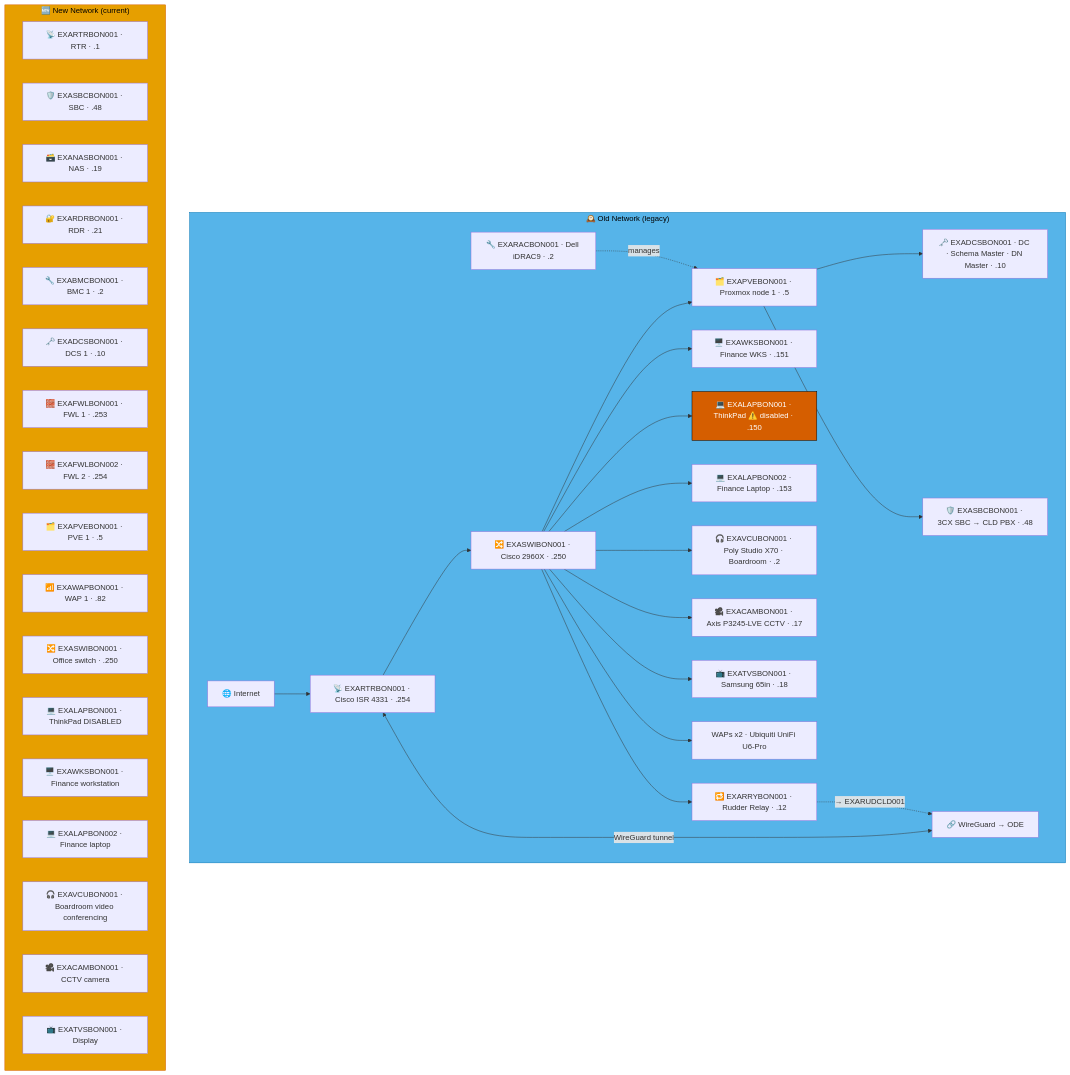
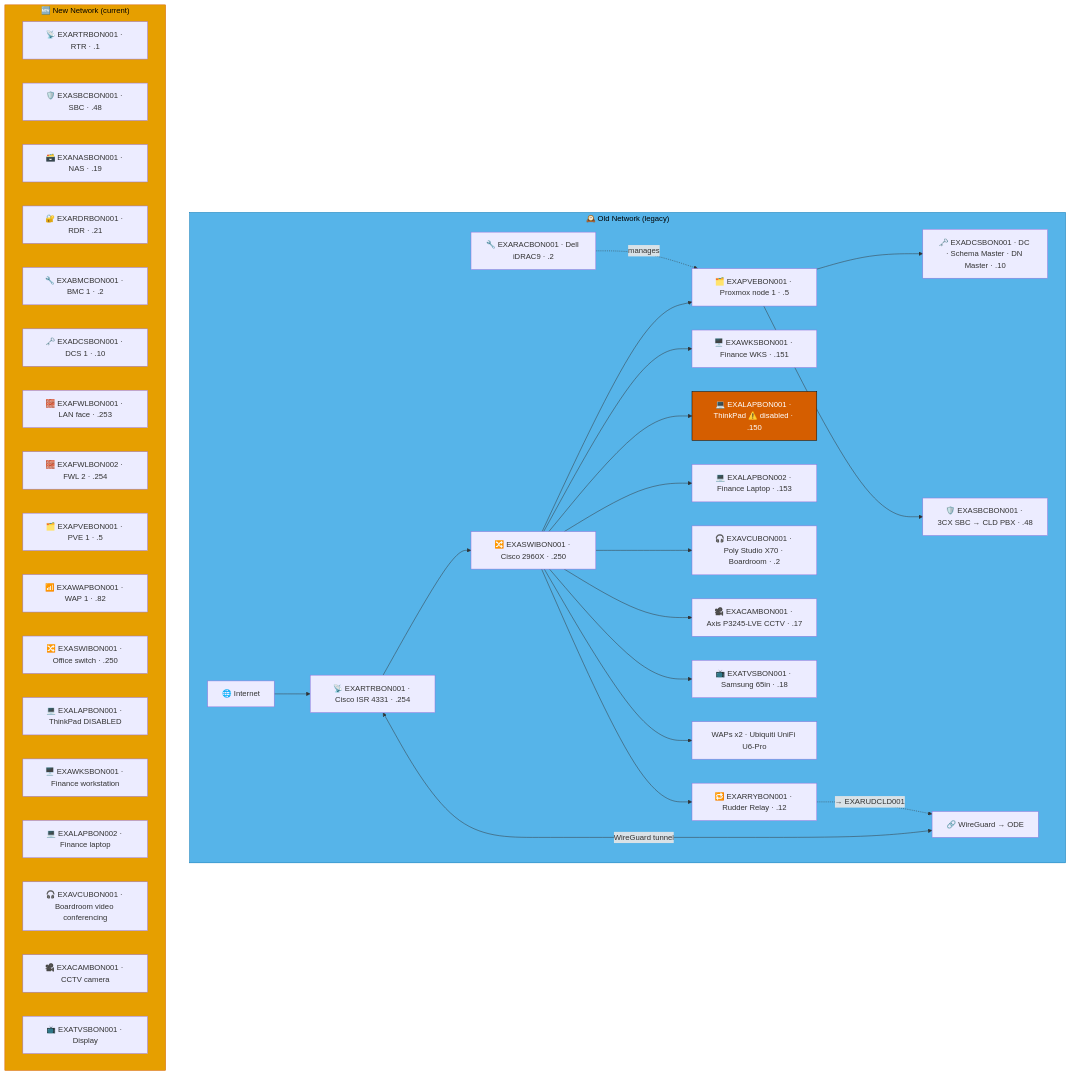
The first of 5 diagrams in docs/network-diagram/deutschland.md (knightmare2600/example_music_infra), drawn with Mermaid before and after one commit. The commit also changed other lines of this file and 17 other files, not shown here.

````diff
--- a/docs/network-diagram/deutschland.md
+++ b/docs/network-diagram/deutschland.md
@@ -17,55 +17,55 @@
 ```mermaid
 graph TD
     subgraph OLD_BON ["🕰️ Old Network (legacy)"]
       INET["🌐 Internet"]
       SW["🔀 EXASWIBON001 · Cisco 2960X · .250"]
       RTR["📡 EXARTRBON001 · Cisco ISR 4331 · .254"]
       RAC["🔧 EXARACBON001 · Dell iDRAC9 · .2"]
       PVE["🗂️ EXAPVEBON001 · Proxmox node 1 · .5"]
       DC["🗝️ EXADCSBON001 · DC · Schema Master · DN Master · .10"]
       SBC["🛡️ EXASBCBON001 · 3CX SBC → CLD PBX · .48"]
       RRY["🔁 EXARRYBON001 · Rudder Relay · .12"]
       WKS["🖥️ EXAWKSBON001 · Finance WKS · .151"]
       LAP1["💻 EXALAPBON001 · ThinkPad ⚠️ disabled · .150"]
       LAP2["💻 EXALAPBON002 · Finance Laptop · .153"]
       VCU["🎧 EXAVCUBON001 · Poly Studio X70 · Boardroom · .2"]
       CAM["🎥 EXACAMBON001 · Axis P3245-LVE CCTV · .17"]
       TV["📺 EXATVSBON001 · Samsung 65in · .18"]
       WAP["WAPs x2 · Ubiquiti UniFi U6-Pro"]
       VPN["🔗 WireGuard → ODE"]
 
       INET --> RTR --> SW
       SW --> PVE --> DC & SBC
       RAC -.->|"manages"| PVE
       SW --> WKS & LAP1 & LAP2 & VCU & CAM & TV & WAP
       RTR <-->|"WireGuard tunnel"| VPN
 
       SW --> RRY
       RRY -. "→ EXARUDCLD001" .-> VPN
     end
     style OLD_BON fill:#56B4E9,stroke:#0072B2,color:#000000
     %% GENERATED:NEW-NETWORK:BON:START
     subgraph NEW_BON ["🆕 New Network (current)"]
       N_RTR["📡 EXARTRBON001 · RTR · .1"]
       N_SBC["🛡️ EXASBCBON001 · SBC · .48"]
       N_NAS["🗃️ EXANASBON001 · NAS · .19"]
       N_RDR["🔐 EXARDRBON001 · RDR · .21"]
       N_BMC["🔧 EXABMCBON001 · BMC 1 · .2"]
       N_DCS["🗝️ EXADCSBON001 · DCS 1 · .10"]
-      N_FWL["🧱 EXAFWLBON001 · FWL 1 · .253"]
+      N_FWL["🧱 EXAFWLBON001 · LAN face · .253"]
       N_FWL2["🧱 EXAFWLBON002 · FWL 2 · .254"]
       N_PVE["🗂️ EXAPVEBON001 · PVE 1 · .5"]
       N_WAP["📶 EXAWAPBON001 · WAP 1 · .82"]
       N_SWI["🔀 EXASWIBON001 · Office switch · .250"]
       N_LAP["💻 EXALAPBON001 · ThinkPad DISABLED"]
       N_WKS["🖥️ EXAWKSBON001 · Finance workstation"]
       N_LAP2["💻 EXALAPBON002 · Finance laptop"]
       N_VCU["🎧 EXAVCUBON001 · Boardroom video conferencing"]
       N_CAM["🎥 EXACAMBON001 · CCTV camera"]
       N_TVS["📺 EXATVSBON001 · Display"]
     end
     style NEW_BON fill:#E69F00,stroke:#D55E00,color:#000000
     %% GENERATED:NEW-NETWORK:BON:END
     classDef warn fill:#D55E00,stroke:#000000,color:#ffffff
     class LAP1 warn
 ```
````
